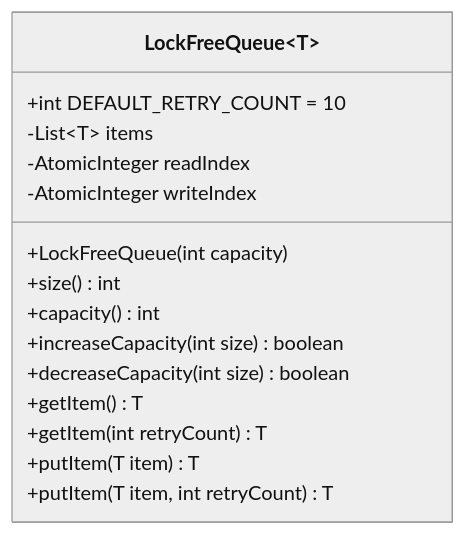
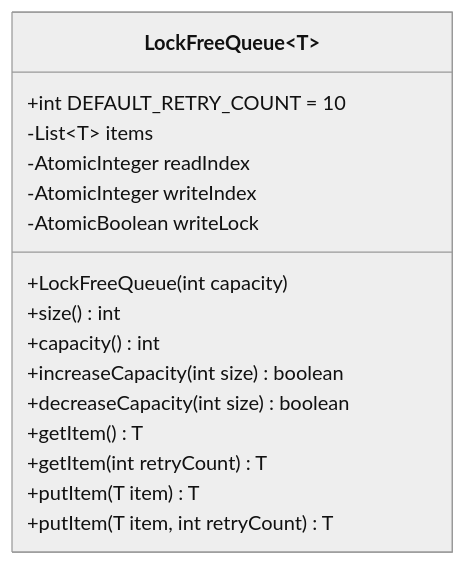
One commit to Inactionware/uapi.doc changed the diagram in design/r2/dd/Lock-free Queue.md. Above: the diagram before and after it, drawn with Mermaid (neutral theme). The commit also changed other lines of this file and 1 other file, not shown here.

Commit message:
Done detail design for lock-free queue

````diff
--- a/design/r2/dd/Lock-free Queue.md
+++ b/design/r2/dd/Lock-free Queue.md
@@ -38,19 +25,20 @@
 ```mermaid
 classDiagram
 
 class LockFreeQueue~T~ {
 	+int DEFAULT_RETRY_COUNT = 10
 	-List~T~ items
 	-AtomicInteger readIndex
 	-AtomicInteger writeIndex
+	-AtomicBoolean writeLock
 	+LockFreeQueue(int capacity)
 	+size() int
 	+capacity() int
 	+increaseCapacity(int size) boolean
 	+decreaseCapacity(int size) boolean
 	+getItem() T
 	+getItem(int retryCount) T
 	+putItem(T item) T
 	+putItem(T item, int retryCount) T
 }
 ```
````
